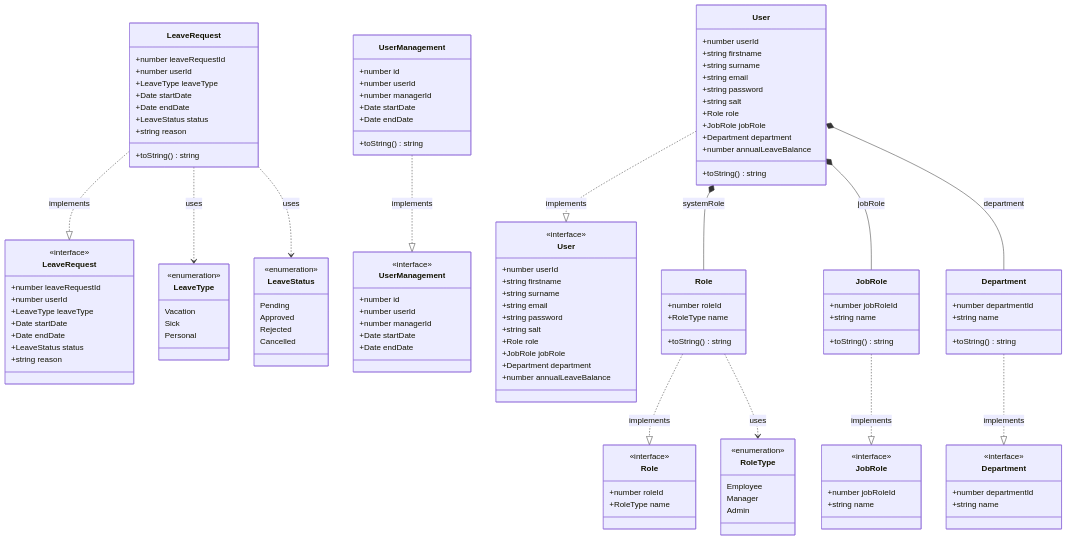
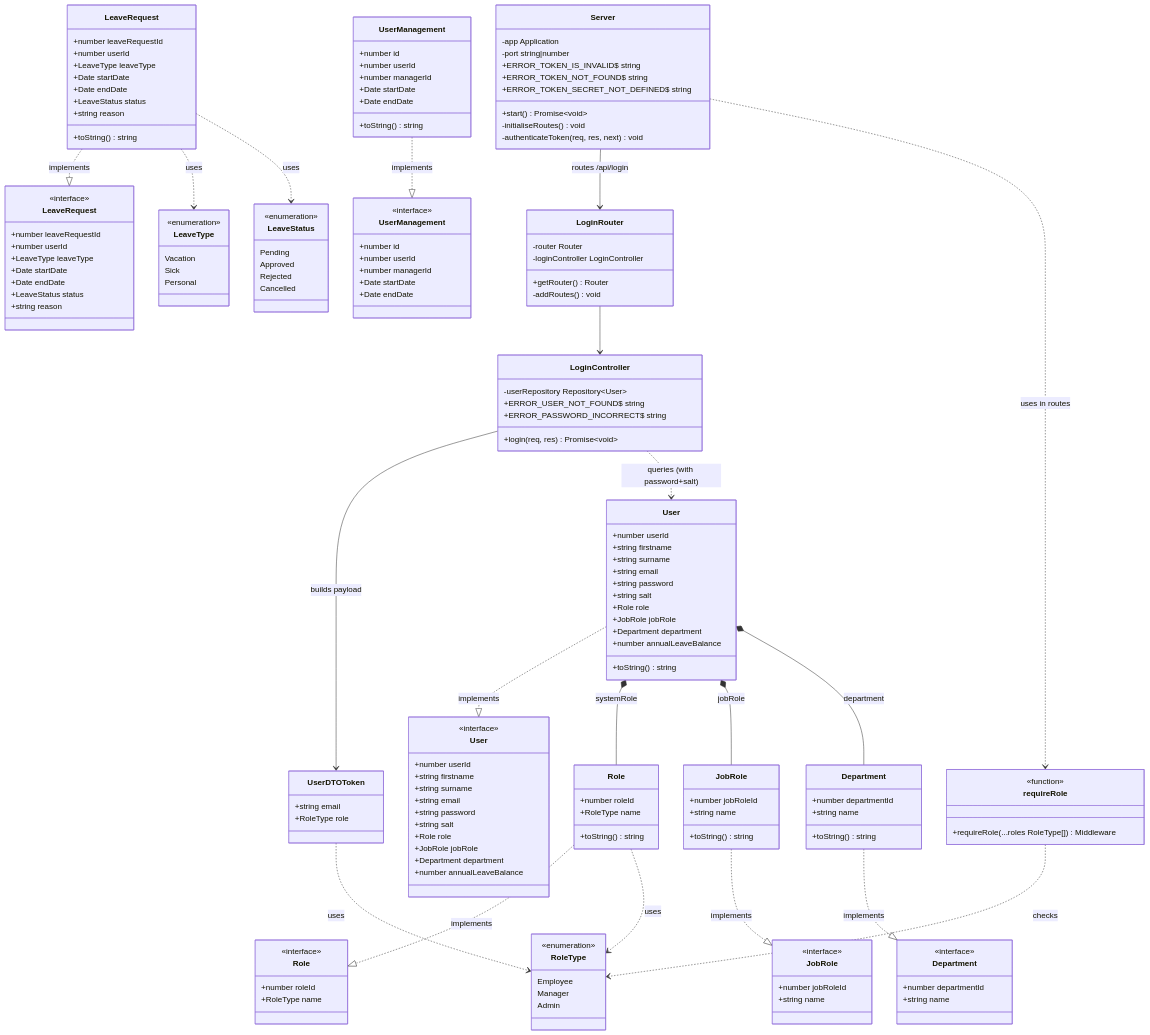
Before and after one commit to kxvassiliou0/leave-booking-system: the diagram in class-diagram.mmd, drawn with Mermaid. The commit also changed 3 other files, not shown here.

```diff
--- a/class-diagram.mmd
+++ b/class-diagram.mmd
@@ -1,140 +1,185 @@
 classDiagram
     class RoleType {
         <<enumeration>>
         Employee
         Manager
         Admin
     }
 
     class LeaveType {
         <<enumeration>>
         Vacation
         Sick
         Personal
     }
 
     class LeaveStatus {
         <<enumeration>>
         Pending
         Approved
         Rejected
         Cancelled
     }
 
     class DepartmentInterface["Department"] {
         <<interface>>
         +number departmentId
         +string name
     }
 
     class JobRoleInterface["JobRole"] {
         <<interface>>
         +number jobRoleId
         +string name
     }
 
     class RoleInterface["Role"] {
         <<interface>>
         +number roleId
         +RoleType name
     }
 
     class UserInterface["User"] {
         <<interface>>
         +number userId
         +string firstname
         +string surname
         +string email
         +string password
         +string salt
         +Role role
         +JobRole jobRole
         +Department department
         +number annualLeaveBalance
     }
 
     class LeaveRequestInterface["LeaveRequest"] {
         <<interface>>
         +number leaveRequestId
         +number userId
         +LeaveType leaveType
         +Date startDate
         +Date endDate
         +LeaveStatus status
         +string reason
     }
 
     class UserManagementInterface["UserManagement"] {
         <<interface>>
         +number id
         +number userId
         +number managerId
         +Date startDate
         +Date endDate
     }
 
     class Department {
         +number departmentId
         +string name
         +toString() string
     }
 
     class JobRole {
         +number jobRoleId
         +string name
         +toString() string
     }
 
     class Role {
         +number roleId
         +RoleType name
         +toString() string
     }
 
     class User {
         +number userId
         +string firstname
         +string surname
         +string email
         +string password
         +string salt
         +Role role
         +JobRole jobRole
         +Department department
         +number annualLeaveBalance
         +toString() string
     }
 
     class LeaveRequest {
         +number leaveRequestId
         +number userId
         +LeaveType leaveType
         +Date startDate
         +Date endDate
         +LeaveStatus status
         +string reason
         +toString() string
     }
 
     class UserManagement {
         +number id
         +number userId
         +number managerId
         +Date startDate
         +Date endDate
         +toString() string
     }
 
+    %% --- JWT / Auth layer ---
+
+    class UserDTOToken {
+        +string email
+        +RoleType role
+    }
+
+    class LoginController {
+        -userRepository Repository~User~
+        +ERROR_USER_NOT_FOUND$ string
+        +ERROR_PASSWORD_INCORRECT$ string
+        +login(req, res) Promise~void~
+    }
+
+    class LoginRouter {
+        -router Router
+        -loginController LoginController
+        +getRouter() Router
+        -addRoutes() void
+    }
+
+    class Server {
+        -app Application
+        -port string|number
+        +ERROR_TOKEN_IS_INVALID$ string
+        +ERROR_TOKEN_NOT_FOUND$ string
+        +ERROR_TOKEN_SECRET_NOT_DEFINED$ string
+        +start() Promise~void~
+        -initialiseRoutes() void
+        -authenticateToken(req, res, next) void
+    }
+
+    class requireRole {
+        <<function>>
+        +requireRole(...roles RoleType[]) Middleware
+    }
+
     Department ..|> DepartmentInterface : implements
     JobRole ..|> JobRoleInterface : implements
     Role ..|> RoleInterface : implements
     User ..|> UserInterface : implements
     LeaveRequest ..|> LeaveRequestInterface : implements
     UserManagement ..|> UserManagementInterface : implements
 
     User *-- Role : systemRole
     User *-- JobRole : jobRole
     User *-- Department : department
     Role ..> RoleType : uses
     LeaveRequest ..> LeaveType : uses
     LeaveRequest ..> LeaveStatus : uses
+
+    Server --> LoginRouter : routes /api/login
+    LoginRouter --> LoginController
+    LoginController --> UserDTOToken : builds payload
+    LoginController ..> User : queries (with password+salt)
+    UserDTOToken ..> RoleType : uses
+    Server ..> requireRole : uses in routes
+    requireRole ..> RoleType : checks
```
